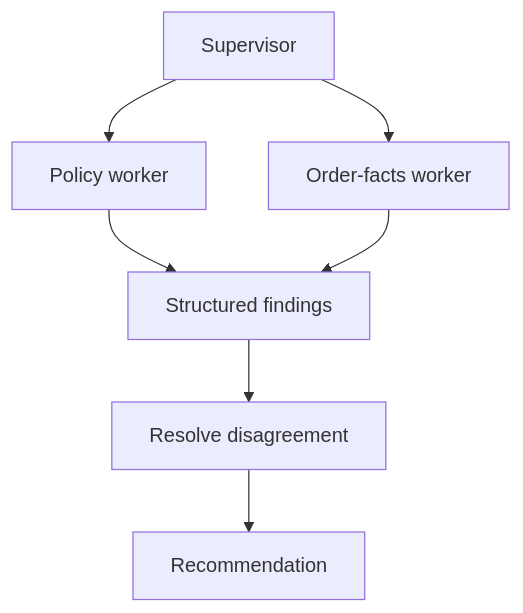
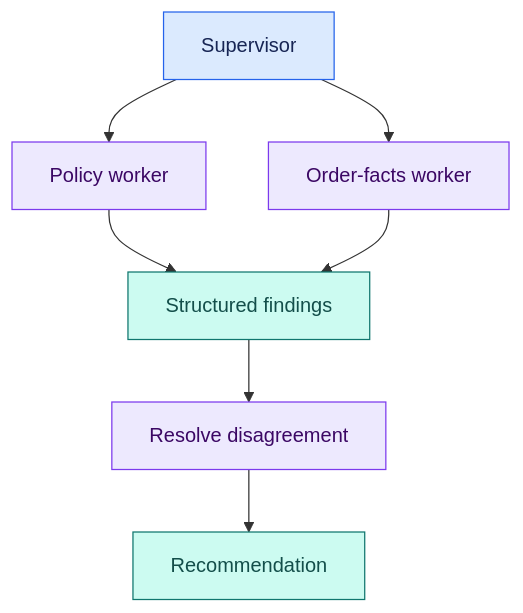
One commit to Shaktiprasadram22/system-design-26-week-roadmap changed the second of 6 diagrams in chapters/06-agents-and-ai-production.md. Above: the diagram before and after it, drawn with Mermaid. The commit also changed other lines of this file and 21 other files, not shown here.

````diff
--- a/chapters/06-agents-and-ai-production.md
+++ b/chapters/06-agents-and-ai-production.md
@@ -100,9 +118,17 @@
 ```mermaid
 flowchart TD
     A[Supervisor] --> B[Policy worker]
     A --> C[Order-facts worker]
     B --> D[Structured findings]
     C --> D
     D --> E[Resolve disagreement]
     E --> F[Recommendation]
+
+    classDef input fill:#dbeafe,stroke:#2563eb,color:#172554;
+    classDef service fill:#ede9fe,stroke:#7c3aed,color:#3b0764;
+    classDef data fill:#ccfbf1,stroke:#0f766e,color:#134e4a;
+    classDef edge fill:#ffedd5,stroke:#c2410c,color:#431407;
+    class A input;
+    class B,C,E service;
+    class D,F data;
 ```
````
